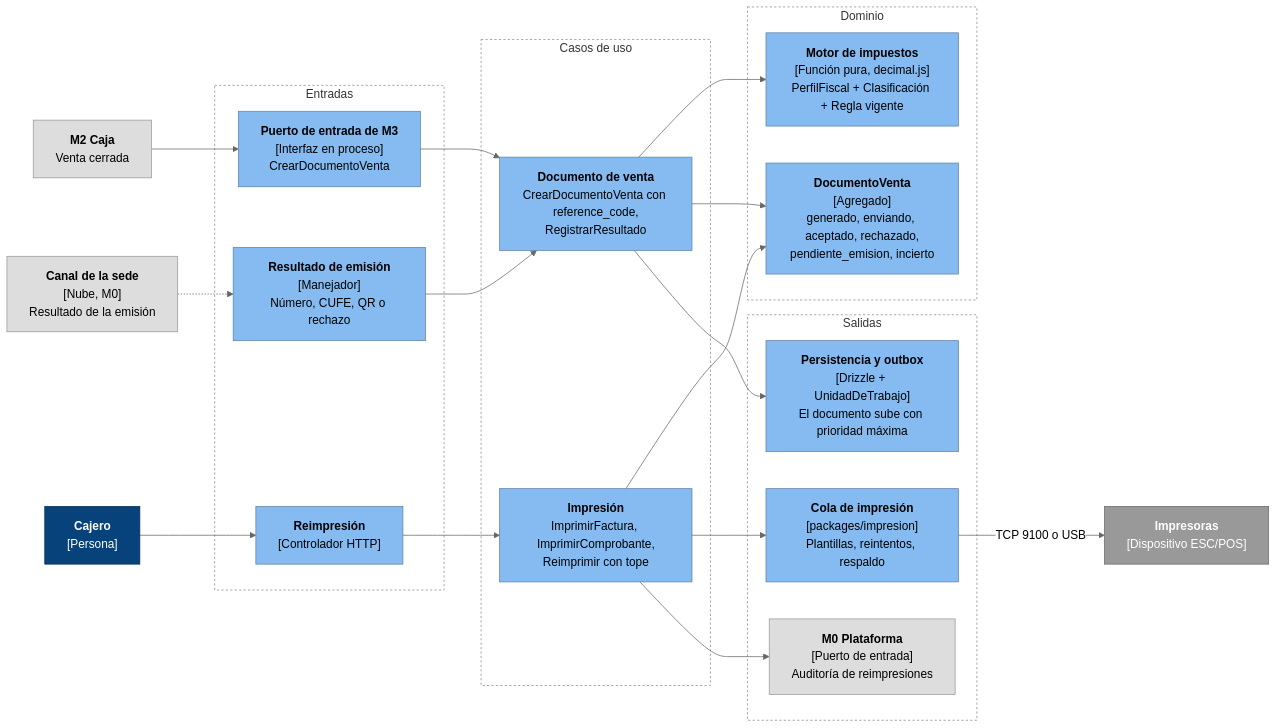
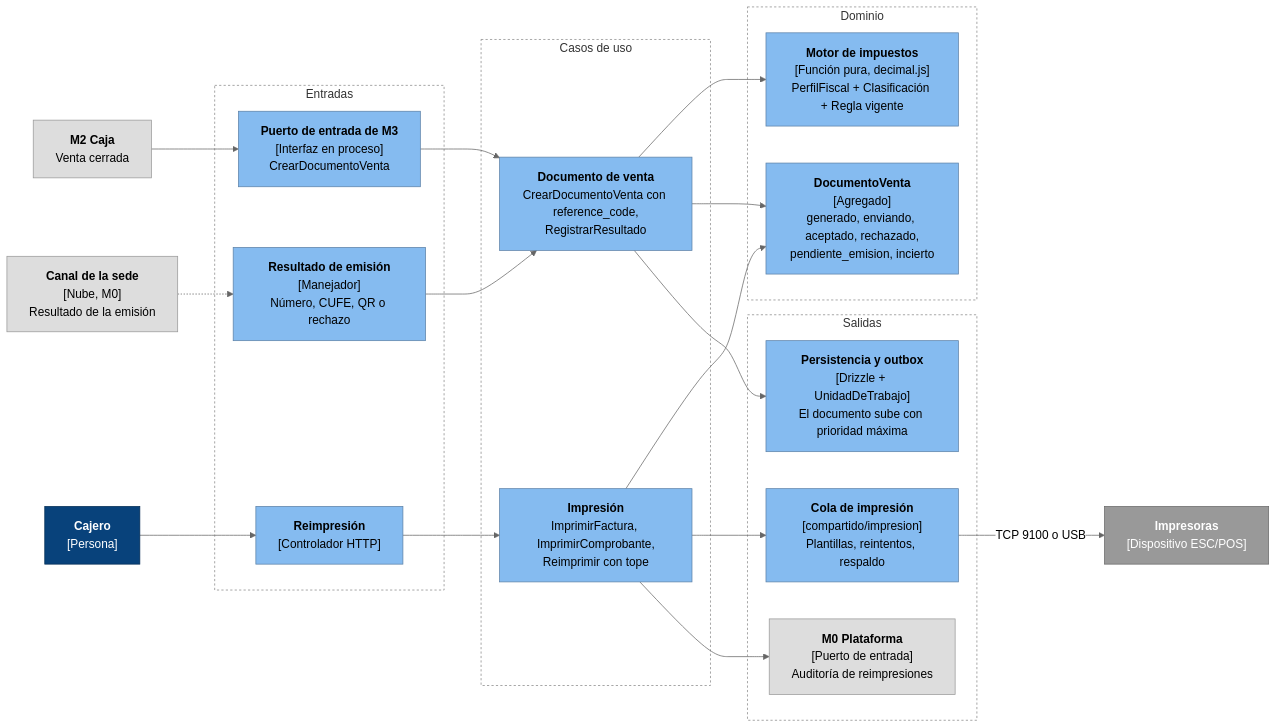
The first of 2 diagrams in docs/arquitectura/componentes/c4-m3-facturacion.md (CesarJOtizM/blackHole), drawn with Mermaid (neutral theme) before and after one commit. The commit also changed other lines of this file and 23 other files, not shown here.

````diff
--- a/docs/arquitectura/componentes/c4-m3-facturacion.md
+++ b/docs/arquitectura/componentes/c4-m3-facturacion.md
@@ -14,56 +14,56 @@
 ```mermaid
 flowchart LR
   M2I["<b>M2 Caja</b><br/>Venta cerrada"]:::modulo
   CAN["<b>Canal de la sede</b><br/>[Nube, M0]<br/>Resultado de la emisión"]:::modulo
   CAJ["<b>Cajero</b><br/>[Persona]"]:::persona
 
   subgraph Entradas["Entradas"]
     PIE["<b>Puerto de entrada de M3</b><br/>[Interfaz en proceso]<br/>CrearDocumentoVenta"]:::componente
     EVR["<b>Resultado de emisión</b><br/>[Manejador]<br/>Número, CUFE, QR o rechazo"]:::componente
     REI["<b>Reimpresión</b><br/>[Controlador HTTP]"]:::componente
   end
 
   subgraph Aplicacion["Casos de uso"]
     UC_DOC["<b>Documento de venta</b><br/>CrearDocumentoVenta con reference_code,<br/>RegistrarResultado"]:::componente
     UC_PRN["<b>Impresión</b><br/>ImprimirFactura, ImprimirComprobante,<br/>Reimprimir con tope"]:::componente
   end
 
   subgraph Dominio["Dominio"]
     D_IMP["<b>Motor de impuestos</b><br/>[Función pura, decimal.js]<br/>PerfilFiscal + Clasificación + Regla vigente"]:::componente
     D_DOC["<b>DocumentoVenta</b><br/>[Agregado]<br/>generado, enviando, aceptado, rechazado,<br/>pendiente_emision, incierto"]:::componente
   end
 
   subgraph Salida["Salidas"]
     REPO["<b>Persistencia y outbox</b><br/>[Drizzle + UnidadDeTrabajo]<br/>El documento sube con prioridad máxima"]:::componente
-    COLA["<b>Cola de impresión</b><br/>[packages/impresion]<br/>Plantillas, reintentos, respaldo"]:::componente
+    COLA["<b>Cola de impresión</b><br/>[compartido/impresion]<br/>Plantillas, reintentos, respaldo"]:::componente
     M0["<b>M0 Plataforma</b><br/>[Puerto de entrada]<br/>Auditoría de reimpresiones"]:::modulo
   end
 
   IMP["<b>Impresoras</b><br/>[Dispositivo ESC/POS]"]:::externo
 
   M2I --> PIE
   CAN -.-> EVR
   CAJ --> REI
 
   PIE --> UC_DOC
   EVR --> UC_DOC
   REI --> UC_PRN
 
   UC_DOC --> D_IMP
   UC_DOC --> D_DOC
   UC_PRN --> D_DOC
 
   UC_DOC --> REPO
   UC_PRN --> COLA
   UC_PRN --> M0
   COLA -- "TCP 9100 o USB" --> IMP
 
   classDef persona fill:#08427b,stroke:#052e56,color:#fff
   classDef componente fill:#85bbf0,stroke:#5d82a8,color:#000
   classDef modulo fill:#dddddd,stroke:#999999,color:#000
   classDef externo fill:#999999,stroke:#6b6b6b,color:#fff
   style Entradas fill:none,stroke:#888,stroke-dasharray: 3 3
   style Aplicacion fill:none,stroke:#888,stroke-dasharray: 3 3
   style Dominio fill:none,stroke:#888,stroke-dasharray: 3 3
   style Salida fill:none,stroke:#888,stroke-dasharray: 3 3
 ```
````
